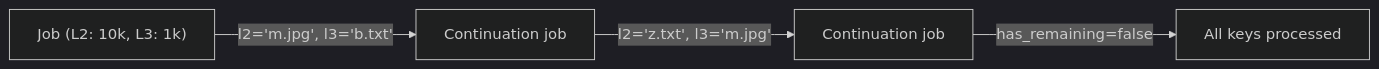
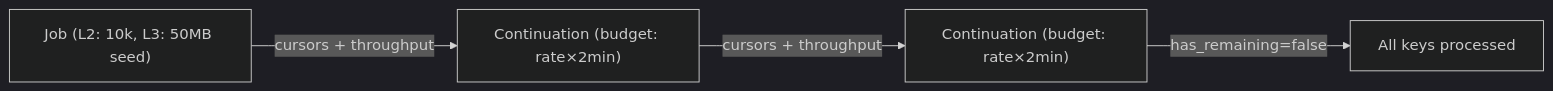
The fifth of 8 diagrams in docs/architecture/scanner.md (deepjoy/shoebox), drawn with Mermaid (dark theme) before and after one commit. The commit also changed other lines of this file and 4 other files, not shown here.

````diff
--- a/docs/architecture/scanner.md
+++ b/docs/architecture/scanner.md
@@ -120,6 +151,6 @@
 ```mermaid
 graph LR
-    JOB1["Job (L2: 10k, L3: 1k)"] -->|l2='m.jpg', l3='b.txt'| JOB2["Continuation job"]
-    JOB2 -->|l2='z.txt', l3='m.jpg'| JOB3["Continuation job"]
+    JOB1["Job (L2: 10k, L3: 50MB seed)"] -->|cursors + throughput| JOB2["Continuation (budget: rate×2min)"]
+    JOB2 -->|cursors + throughput| JOB3["Continuation (budget: rate×2min)"]
     JOB3 -->|has_remaining=false| DONE[All keys processed]
 ```
````
